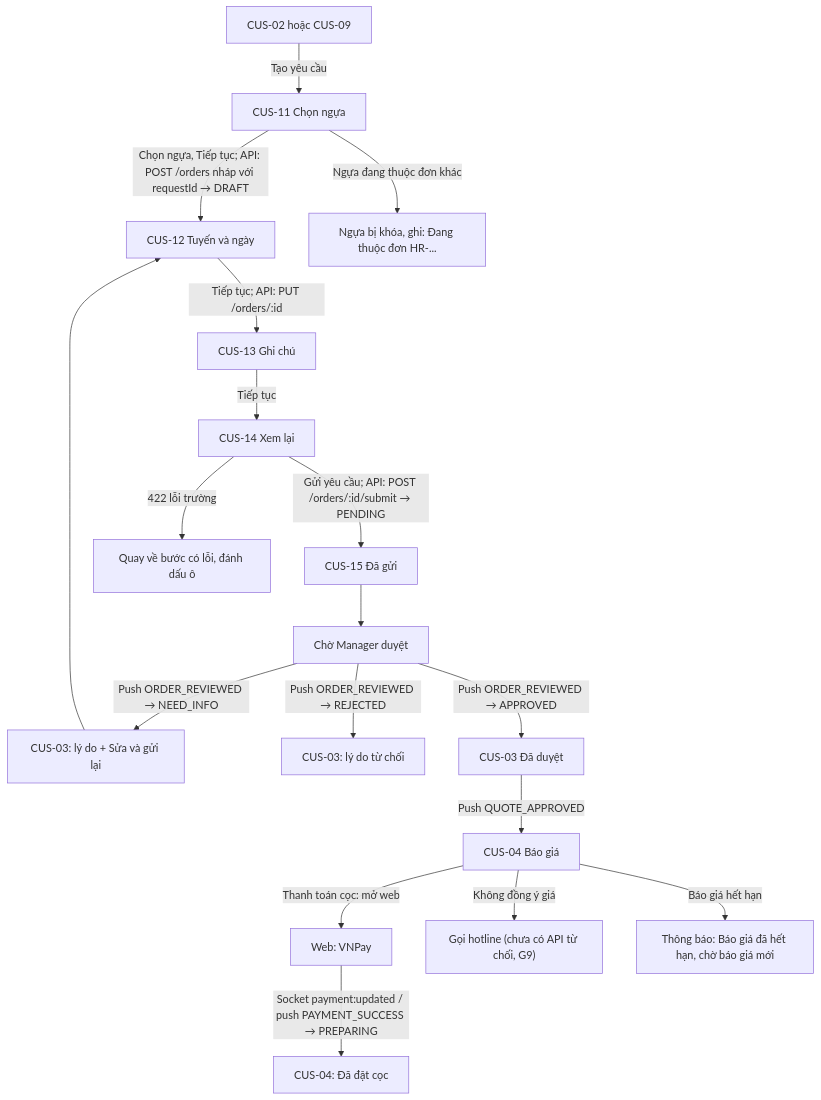
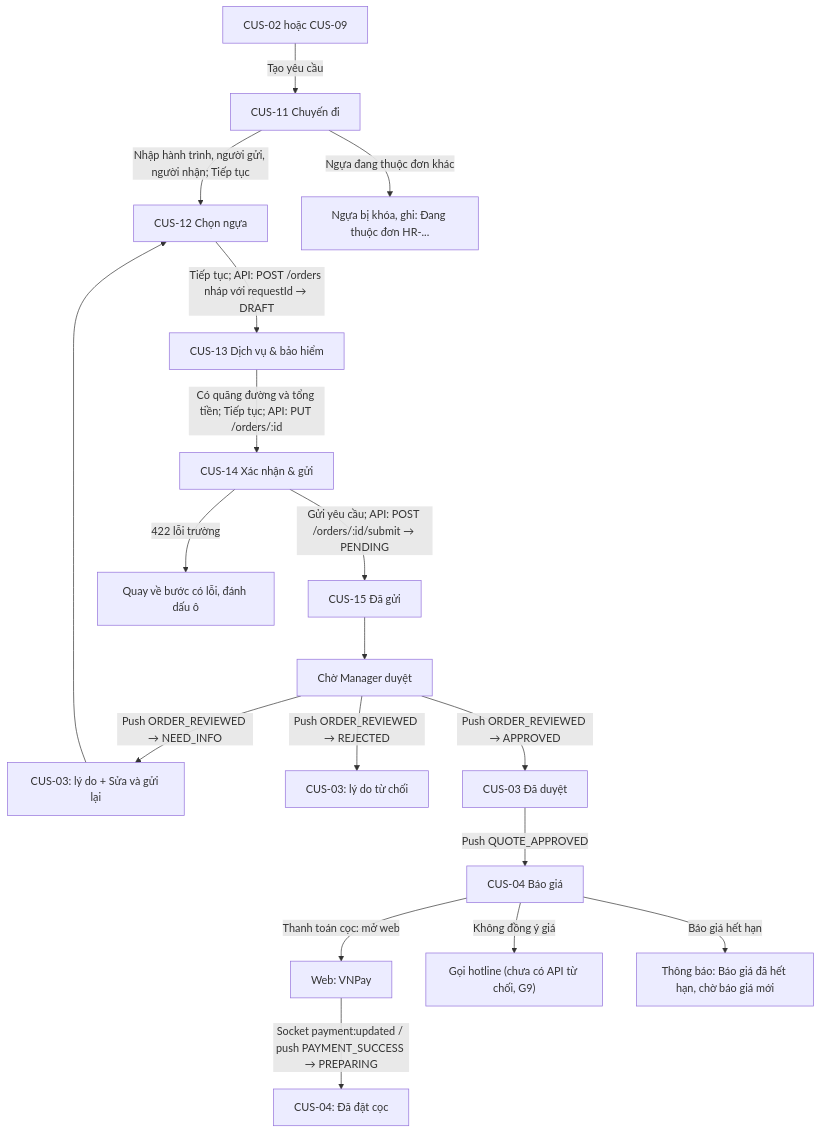
The fifth of 13 diagrams in docs/mobile-design/03-user-flows.md (ninhquocbao123/HorseRoute), drawn with Mermaid before and after one commit. The commit also changed 21 other files, not shown here.

Commit message:
[06.11.2026][Long - Mobile: làm lại tạo đơn 4 bước theo web, đủ dữ liệu báo giá; dùng chung dữ liệu tỉnh xã và số ngày chuyến với web]

````diff
--- a/docs/mobile-design/03-user-flows.md
+++ b/docs/mobile-design/03-user-flows.md
@@ -93,20 +93,20 @@
 ```mermaid
 flowchart TD
-  A["CUS-02 hoặc CUS-09"] -->|"Tạo yêu cầu"| S1["CUS-11 Chọn ngựa"]
-  S1 -->|"Chọn ngựa, Tiếp tục; API: POST /orders nháp với requestId → DRAFT"| S2["CUS-12 Tuyến và ngày"]
+  A["CUS-02 hoặc CUS-09"] -->|"Tạo yêu cầu"| S1["CUS-11 Chuyến đi"]
+  S1 -->|"Nhập hành trình, người gửi, người nhận; Tiếp tục"| S2["CUS-12 Chọn ngựa"]
   S1 -->|"Ngựa đang thuộc đơn khác"| S1x["Ngựa bị khóa, ghi: Đang thuộc đơn HR-..."]
-  S2 -->|"Tiếp tục; API: PUT /orders/:id"| S3["CUS-13 Ghi chú"]
-  S3 -->|"Tiếp tục"| S4["CUS-14 Xem lại"]
+  S2 -->|"Tiếp tục; API: POST /orders nháp với requestId → DRAFT"| S3["CUS-13 Dịch vụ & bảo hiểm"]
+  S3 -->|"Có quãng đường và tổng tiền; Tiếp tục; API: PUT /orders/:id"| S4["CUS-14 Xác nhận & gửi"]
   S4 -->|"Gửi yêu cầu; API: POST /orders/:id/submit → PENDING"| S5["CUS-15 Đã gửi"]
   S4 -->|"422 lỗi trường"| S4x["Quay về bước có lỗi, đánh dấu ô"]
   S5 --> W["Chờ Manager duyệt"]
   W -->|"Push ORDER_REVIEWED → NEED_INFO"| N["CUS-03: lý do + Sửa và gửi lại"]
   N --> S2
   W -->|"Push ORDER_REVIEWED → REJECTED"| RJ["CUS-03: lý do từ chối"]
   W -->|"Push ORDER_REVIEWED → APPROVED"| AP["CUS-03 Đã duyệt"]
   AP -->|"Push QUOTE_APPROVED"| Q["CUS-04 Báo giá"]
   Q -->|"Thanh toán cọc: mở web"| WEB["Web: VNPay"]
   WEB -->|"Socket payment:updated / push PAYMENT_SUCCESS → PREPARING"| Q2["CUS-04: Đã đặt cọc"]
   Q -->|"Không đồng ý giá"| Q3["Gọi hotline (chưa có API từ chối, G9)"]
   Q -->|"Báo giá hết hạn"| Q4["Thông báo: Báo giá đã hết hạn, chờ báo giá mới"]
 ```
````
